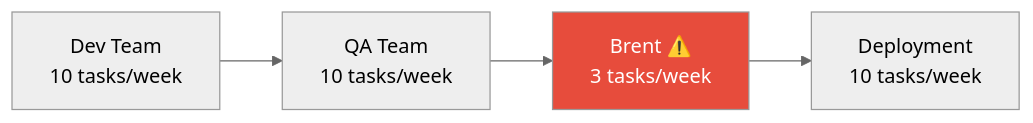
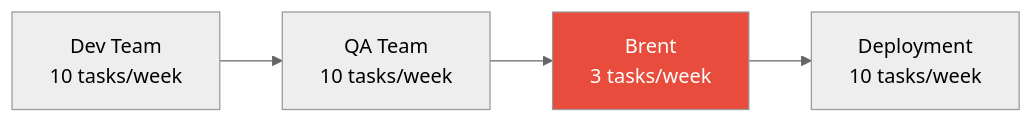
Before and after one commit to alius33/reader: the third of 6 diagrams in summaries/Leadership & Management/The Phoenix Project - Gene Kim.md, drawn with Mermaid (neutral theme). The commit also changed other lines of this file and 272 other files, not shown here.

````diff
--- a/summaries/Leadership & Management/The Phoenix Project - Gene Kim.md
+++ b/summaries/Leadership & Management/The Phoenix Project - Gene Kim.md
@@ -95,7 +270,7 @@
 ```mermaid
 flowchart LR
-    A[Dev Team\n10 tasks/week] --> B[QA Team\n10 tasks/week]
-    B --> C["Brent ⚠️\n3 tasks/week"]
-    C --> D[Deployment\n10 tasks/week]
+    A[Dev Team<br>10 tasks/week] --> B[QA Team<br>10 tasks/week]
+    B --> C["Brent<br>3 tasks/week"]
+    C --> D[Deployment<br>10 tasks/week]
     style C fill:#e74c3c,color:#fff
 ```
````
